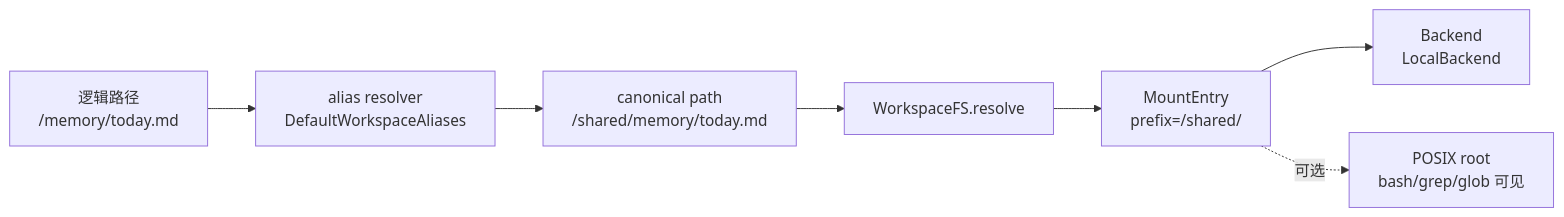
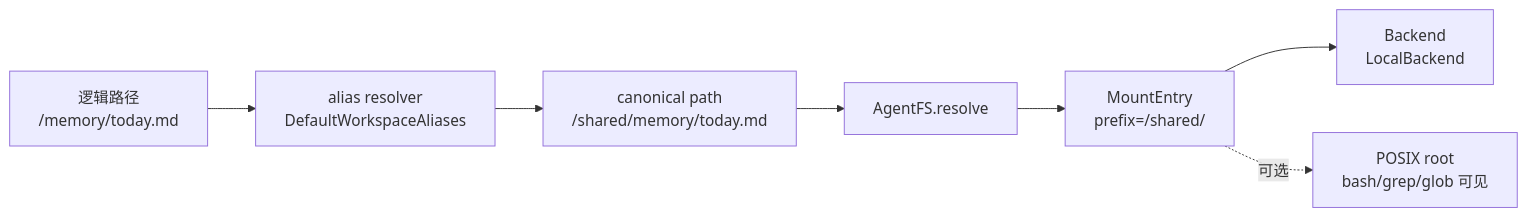
The diagram in docs/architecture/17-agent-file-system.md (Chengchcc/my-agent-team), drawn with Mermaid before and after one commit. The commit also changed other lines of this file and 3 other files, not shown here.

First line of the commit message:
docs: rename workspace-fs → agent-fs in architecture + spec docs

````diff
--- a/docs/architecture/17-agent-file-system.md
+++ b/docs/architecture/17-agent-file-system.md
@@ -84,9 +84,9 @@
 ```mermaid
 flowchart LR
   P[逻辑路径<br/>/memory/today.md] --> A[alias resolver<br/>DefaultWorkspaceAliases]
   A --> C[canonical path<br/>/shared/memory/today.md]
-  C --> W[WorkspaceFS.resolve]
+  C --> W[AgentFS.resolve]
   W --> M[MountEntry<br/>prefix=/shared/]
   M --> B[Backend<br/>LocalBackend]
   M -. 可选 .-> X[POSIX root<br/>bash/grep/glob 可见]
 ```
````
